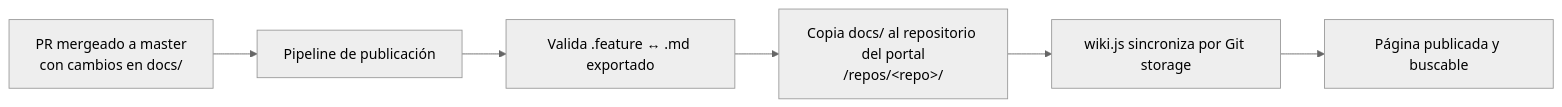
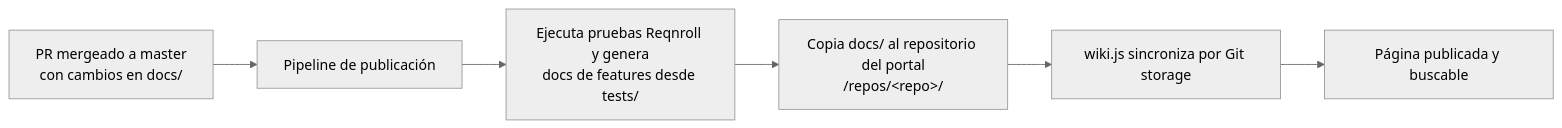
The diagram in docs/programming/0.7.repositories/07.9.docs_portal.md (scisa-mx/org-guidelines), drawn with Mermaid (neutral theme) before and after one commit. The commit also changed other lines of this file and 24 other files, not shown here.

````diff
--- a/docs/programming/0.7.repositories/07.9.docs_portal.md
+++ b/docs/programming/0.7.repositories/07.9.docs_portal.md
@@ -24,8 +24,8 @@
 ```mermaid
 flowchart LR
     A[PR mergeado a master<br/>con cambios en docs/] --> B[Pipeline de publicación]
-    B --> C[Valida .feature ↔ .md exportado]
+    B --> C[Ejecuta pruebas Reqnroll y genera<br/>docs de features desde tests/]
     C --> D[Copia docs/ al repositorio del portal<br/>/repos/&lt;repo&gt;/]
     D --> E[wiki.js sincroniza por Git storage]
     E --> F[Página publicada y buscable]
 ```
````
